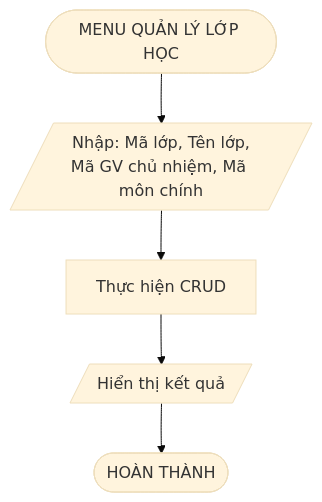
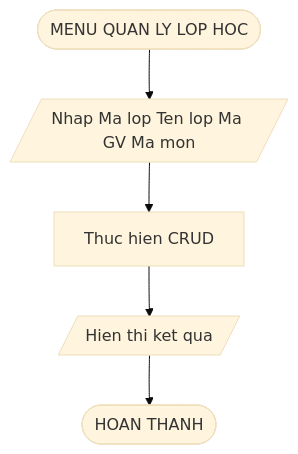
One commit to phucphuc2006/pro-192 changed diagram 13 of 20 in docs/Flowcharts/Flowcharts.md. Above: the diagram before and after it, drawn with Mermaid (base theme). The commit also changed other lines of this file, not shown here.

Commit message:
Fix Mermaid syntax for GitHub compatibility

````diff
--- a/docs/Flowcharts/Flowcharts.md
+++ b/docs/Flowcharts/Flowcharts.md
@@ -234,7 +234,7 @@
 ```mermaid
 flowchart TD
-    A([MENU QUẢN LÝ LỚP HỌC]) --> B[/Nhập: Mã lớp, Tên lớp,<br/>Mã GV chủ nhiệm, Mã môn chính/]
-    B --> C[Thực hiện CRUD]
-    C --> D[/Hiển thị kết quả/]
-    D --> E([HOÀN THÀNH])
+    A([MENU QUAN LY LOP HOC]) --> B[/Nhap Ma lop Ten lop Ma GV Ma mon/]
+    B --> C[Thuc hien CRUD]
+    C --> D[/Hien thi ket qua/]
+    D --> E([HOAN THANH])
 ```
````
